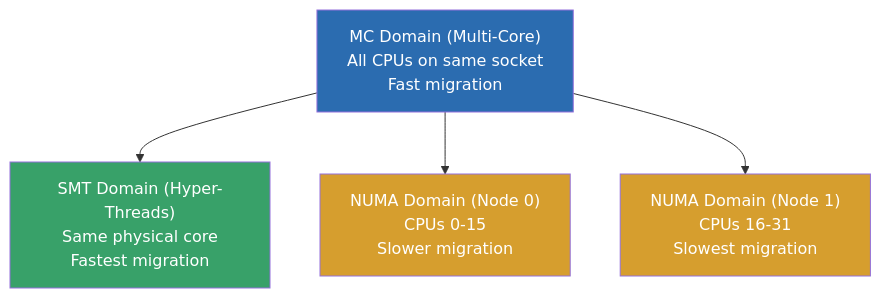
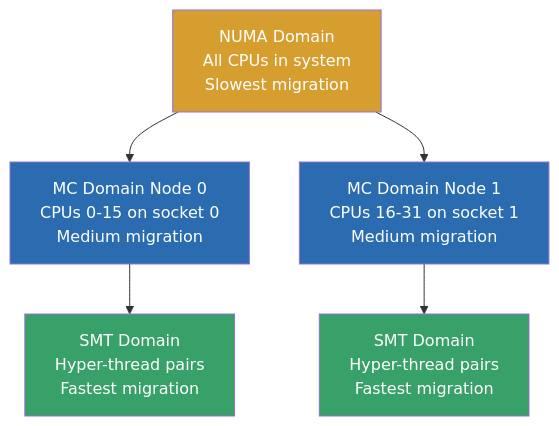
One commit to Abhinav-Kumar012/lb2 changed the third of 9 diagrams in src/kernel/processes/numa-scheduling.md. Above: the diagram before and after it, drawn with Mermaid. The commit also changed other lines of this file and 1 other file, not shown here.

````diff
--- a/src/kernel/processes/numa-scheduling.md
+++ b/src/kernel/processes/numa-scheduling.md
@@ -76,12 +129,14 @@
 ```mermaid
 graph TD
-    MC["MC Domain (Multi-Core)<br/>All CPUs on same socket<br/>Fast migration"]
-    MC --> SMT["SMT Domain (Hyper-Threads)<br/>Same physical core<br/>Fastest migration"]
-    MC --> NUMA0["NUMA Domain (Node 0)<br/>CPUs 0-15<br/>Slower migration"]
-    MC --> NUMA1["NUMA Domain (Node 1)<br/>CPUs 16-31<br/>Slowest migration"]
+    NUMA["NUMA Domain<br/>All CPUs in system<br/>Slowest migration"]
+    NUMA --> MC0["MC Domain Node 0<br/>CPUs 0-15 on socket 0<br/>Medium migration"]
+    NUMA --> MC1["MC Domain Node 1<br/>CPUs 16-31 on socket 1<br/>Medium migration"]
+    MC0 --> SMT0["SMT Domain<br/>Hyper-thread pairs<br/>Fastest migration"]
+    MC1 --> SMT1["SMT Domain<br/>Hyper-thread pairs<br/>Fastest migration"]
 
-    style MC fill:#2b6cb0,color:#fff
-    style SMT fill:#38a169,color:#fff
-    style NUMA0 fill:#d69e2e,color:#fff
-    style NUMA1 fill:#d69e2e,color:#fff
+    style NUMA fill:#d69e2e,color:#fff
+    style MC0 fill:#2b6cb0,color:#fff
+    style MC1 fill:#2b6cb0,color:#fff
+    style SMT0 fill:#38a169,color:#fff
+    style SMT1 fill:#38a169,color:#fff
 ```
````
